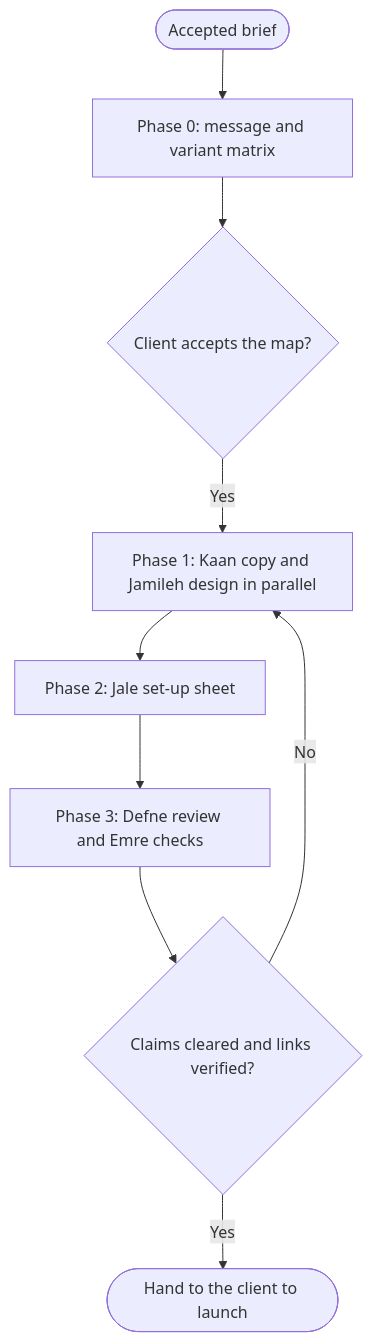
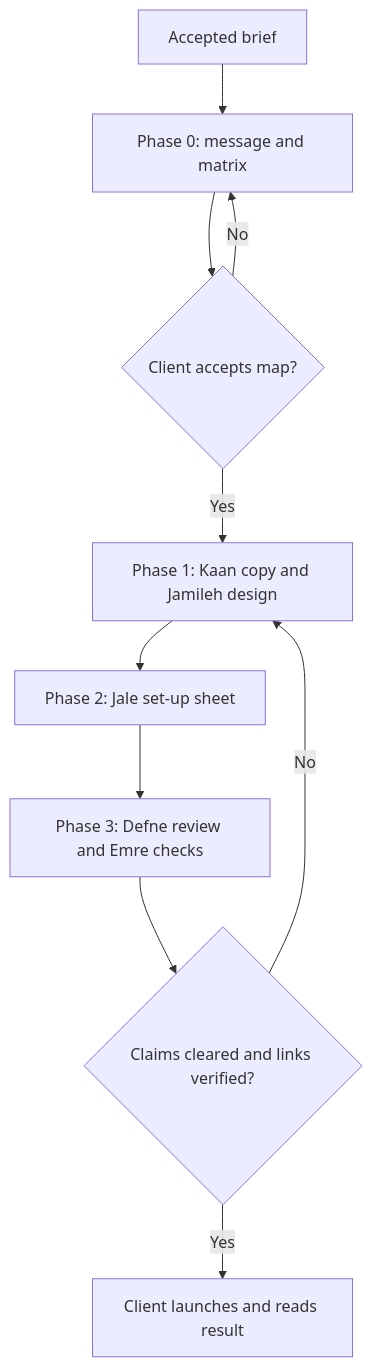
One commit to NeoAnthropocene/agents-united changed the diagram in registry/skills/workflow-agency-ad-creative-sprint/SKILL.md. Above: the diagram before and after it, drawn with Mermaid. The commit also changed other lines of this file and 192 other files, not shown here.

````diff
--- a/registry/skills/workflow-agency-ad-creative-sprint/SKILL.md
+++ b/registry/skills/workflow-agency-ad-creative-sprint/SKILL.md
@@ -25,11 +25,12 @@
 ```mermaid
 graph TD
-    B([Accepted brief]) --> P0[Phase 0: message and variant matrix]
-    P0 --> G0{Client accepts the map?}
-    G0 -->|Yes| P1[Phase 1: Kaan copy and Jamileh design in parallel]
+    B[Accepted brief] --> P0[Phase 0: message and matrix]
+    P0 --> G0{Client accepts map?}
+    G0 -->|No| P0
+    G0 -->|Yes| P1[Phase 1: Kaan copy and Jamileh design]
     P1 --> P2[Phase 2: Jale set-up sheet]
     P2 --> P3[Phase 3: Defne review and Emre checks]
     P3 --> G1{Claims cleared and links verified?}
     G1 -->|No| P1
-    G1 -->|Yes| Done([Hand to the client to launch])
+    G1 -->|Yes| D[Client launches and reads result]
 ```
````
